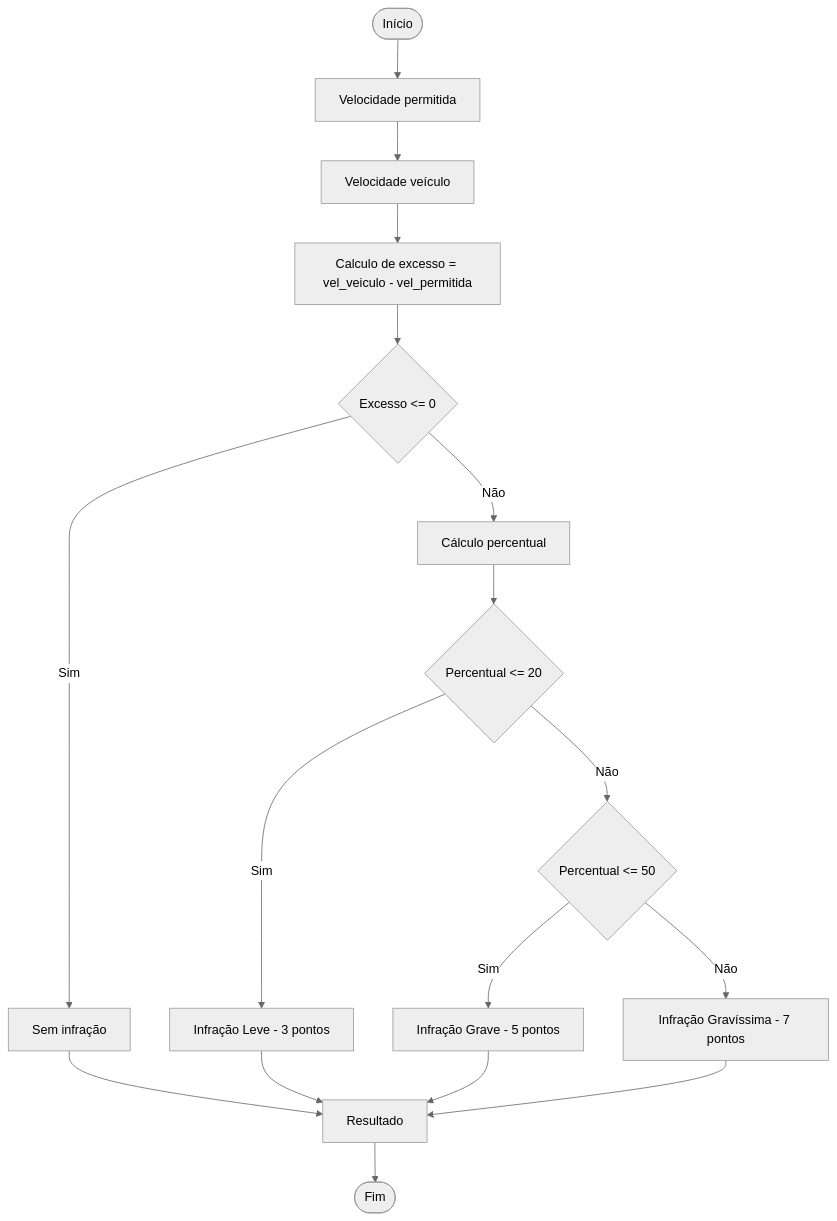
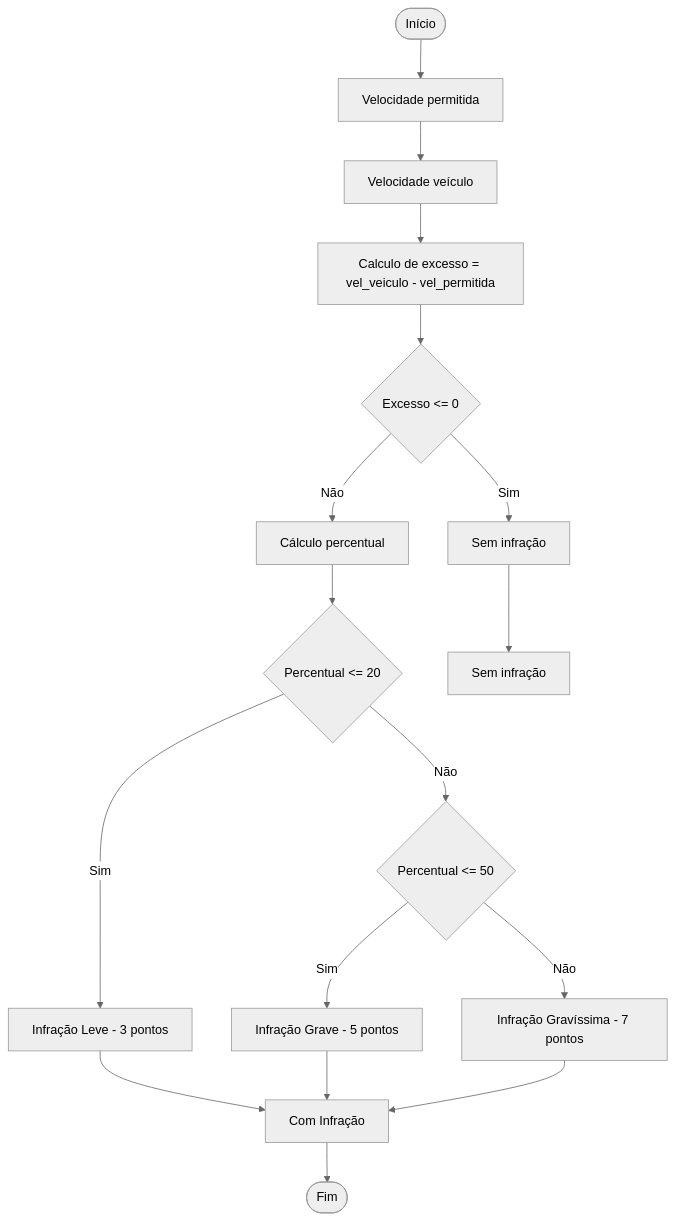
Before and after one commit to Angela-Leao/Entrega-de-atividades-Fatec: the diagram in Diagramas P1 Cação/Pontuação de  motorista.md, drawn with Mermaid (neutral theme).

Commit message:
Update Pontuação de  motorista.md

````diff
--- a/Diagramas P1 Cação/Pontuação de  motorista.md
+++ b/Diagramas P1 Cação/Pontuação de  motorista.md
@@ -2,24 +2,24 @@
 ```mermaid
 
 flowchart TD
     A([Início]) --> B[Velocidade permitida]
     B --> C[Velocidade veículo]
     C --> D[Calculo de excesso = vel_veiculo - vel_permitida]
     D --> E{Excesso <= 0}
     E -- Sim --> F[Sem infração]
     E -- Não --> G[Cálculo percentual]
 
     G --> H{Percentual <= 20}
     H -- Sim --> I[Infração Leve - 3 pontos]
     H -- Não --> J{Percentual <= 50}
 
     J -- Sim --> K[Infração Grave - 5 pontos]
     J -- Não --> L[Infração Gravíssima - 7 pontos]
 
-    F --> M[Resultado]
-    I --> M
+    F --> k[Sem infração]
+    I --> M[Com Infração]
     K --> M
     L --> M
 
     M --> N([Fim])
 ```
````
